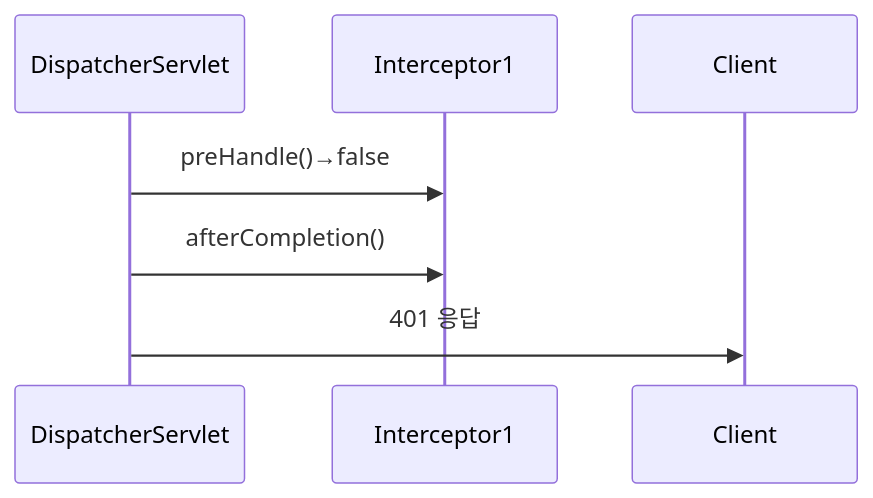
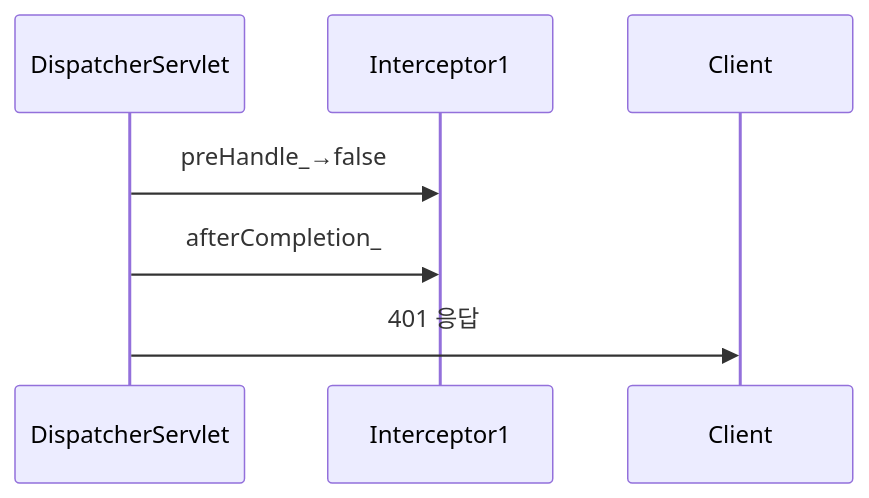
One commit to yjkim2015/yjkim2015.github.io changed the fourth of 8 diagrams in _posts/spring/2026-05-02-spring-interceptor.md. Above: the diagram before and after it, drawn with Mermaid. The commit also changed other lines of this file and 85 other files, not shown here.

First line of the commit message:
sequenceDiagram 문법 에러 2차 수정 169개 (86파일)

````diff
--- a/_posts/spring/2026-05-02-spring-interceptor.md
+++ b/_posts/spring/2026-05-02-spring-interceptor.md
@@ -330,6 +330,6 @@
 ```mermaid
 sequenceDiagram
-    DispatcherServlet->>Interceptor1: preHandle()→false
-    DispatcherServlet->>Interceptor1: afterCompletion()
+    DispatcherServlet->>Interceptor1: preHandle_→false
+    DispatcherServlet->>Interceptor1: afterCompletion_
     DispatcherServlet->>Client: 401 응답
 ```
````
